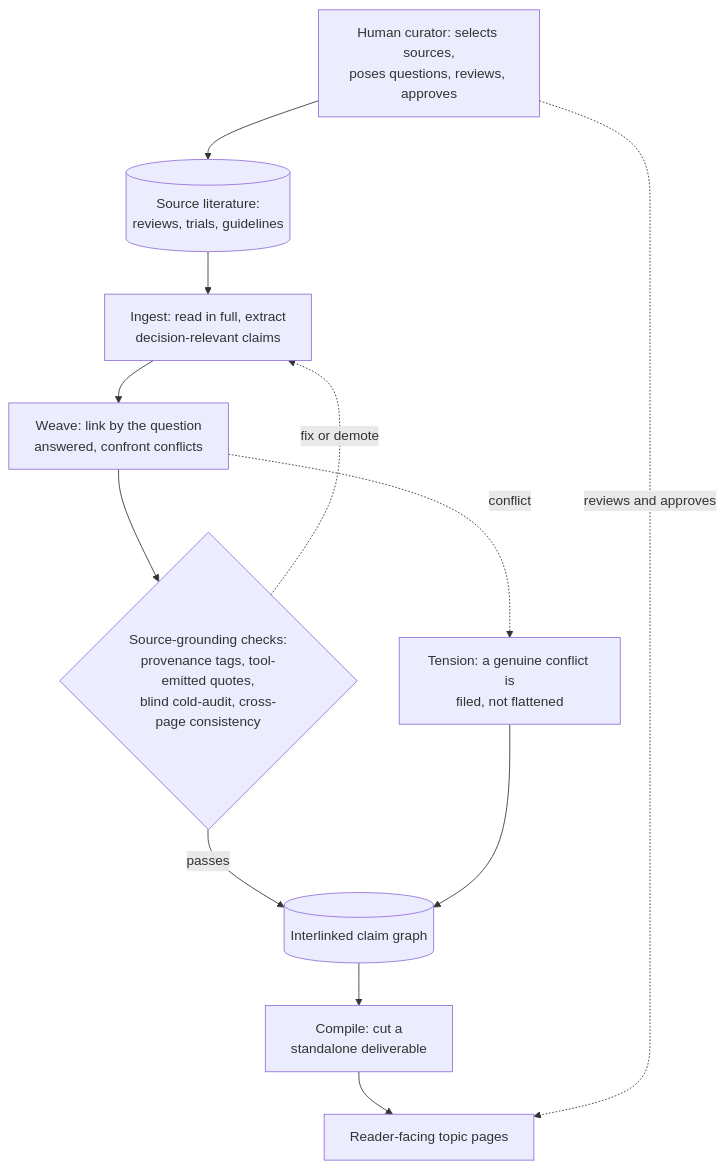
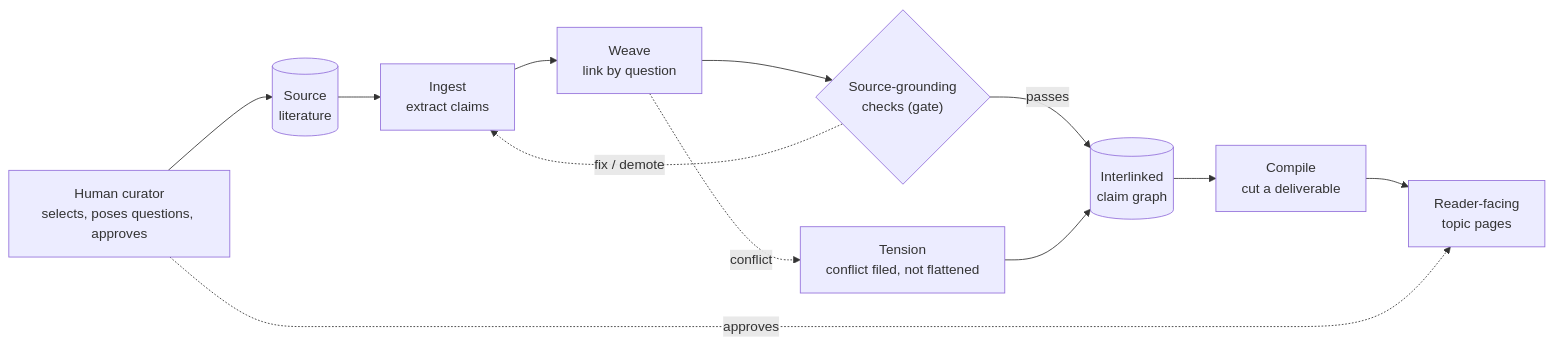
The diagram in content/about.md (codinguncut/evidenced.health), drawn with Mermaid before and after one commit. The commit also changed 2 other files, not shown here.

Commit message:
publish: 4 change(s)
- site(trust): soften the 'own history' caveat to match the recovered provenance trail
- fix(build_site): read publish baseline from site repo's Fabric-SHA trailer, not the marker
- site: shrink about.md flow diagram — flowchart TD -> LR (~half height)
- process inbox: stage the fitness/training cluster (8 sources, 2 clusters)

Fabric-SHA: b81154fe65edd910388c782535cc567074066ea5

````diff
--- a/content/about.md
+++ b/content/about.md
@@ -94,24 +94,19 @@
 ```mermaid
-flowchart TD
-    Q["Human curator: selects sources,<br/>poses questions, reviews, approves"]
-    SRC[("Source literature:<br/>reviews, trials, guidelines")]
-    ING["Ingest: read in full, extract<br/>decision-relevant claims"]
-    WEA["Weave: link by the question<br/>answered, confront conflicts"]
-    CHK{"Source-grounding checks:<br/>provenance tags, tool-emitted quotes,<br/>blind cold-audit, cross-page consistency"}
-    TENS["Tension: a genuine conflict is<br/>filed, not flattened"]
-    GRAPH[("Interlinked claim graph")]
-    COM["Compile: cut a<br/>standalone deliverable"]
-    PUB["Reader-facing topic pages"]
+flowchart LR
+    Q["Human curator<br/>selects, poses questions, approves"]
+    SRC[("Source<br/>literature")]
+    ING["Ingest<br/>extract claims"]
+    WEA["Weave<br/>link by question"]
+    CHK{"Source-grounding<br/>checks (gate)"}
+    TENS["Tension<br/>conflict filed, not flattened"]
+    GRAPH[("Interlinked<br/>claim graph")]
+    COM["Compile<br/>cut a deliverable"]
+    PUB["Reader-facing<br/>topic pages"]
 
-    Q --> SRC
-    SRC --> ING
-    ING --> WEA
-    WEA --> CHK
+    Q --> SRC --> ING --> WEA --> CHK
     CHK -->|passes| GRAPH
-    CHK -. "fix or demote" .-> ING
-    WEA -. conflict .-> TENS
-    TENS --> GRAPH
-    GRAPH --> COM
-    COM --> PUB
-    Q -. "reviews and approves" .-> PUB
+    CHK -. "fix / demote" .-> ING
+    WEA -. conflict .-> TENS --> GRAPH
+    GRAPH --> COM --> PUB
+    Q -. approves .-> PUB
 ```
````
